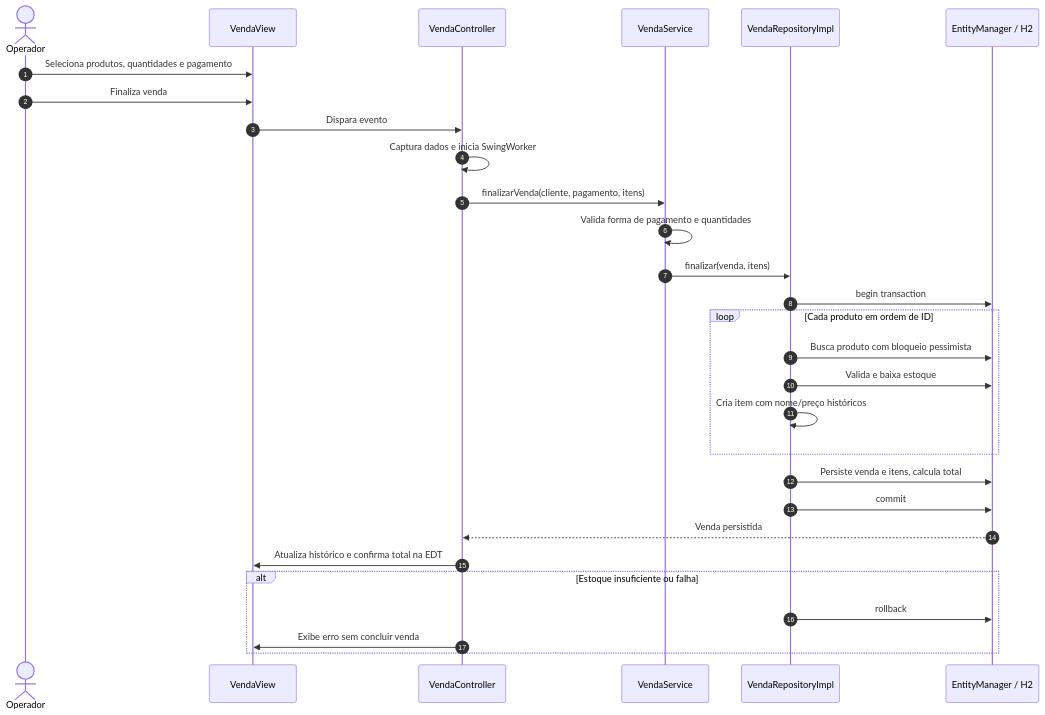
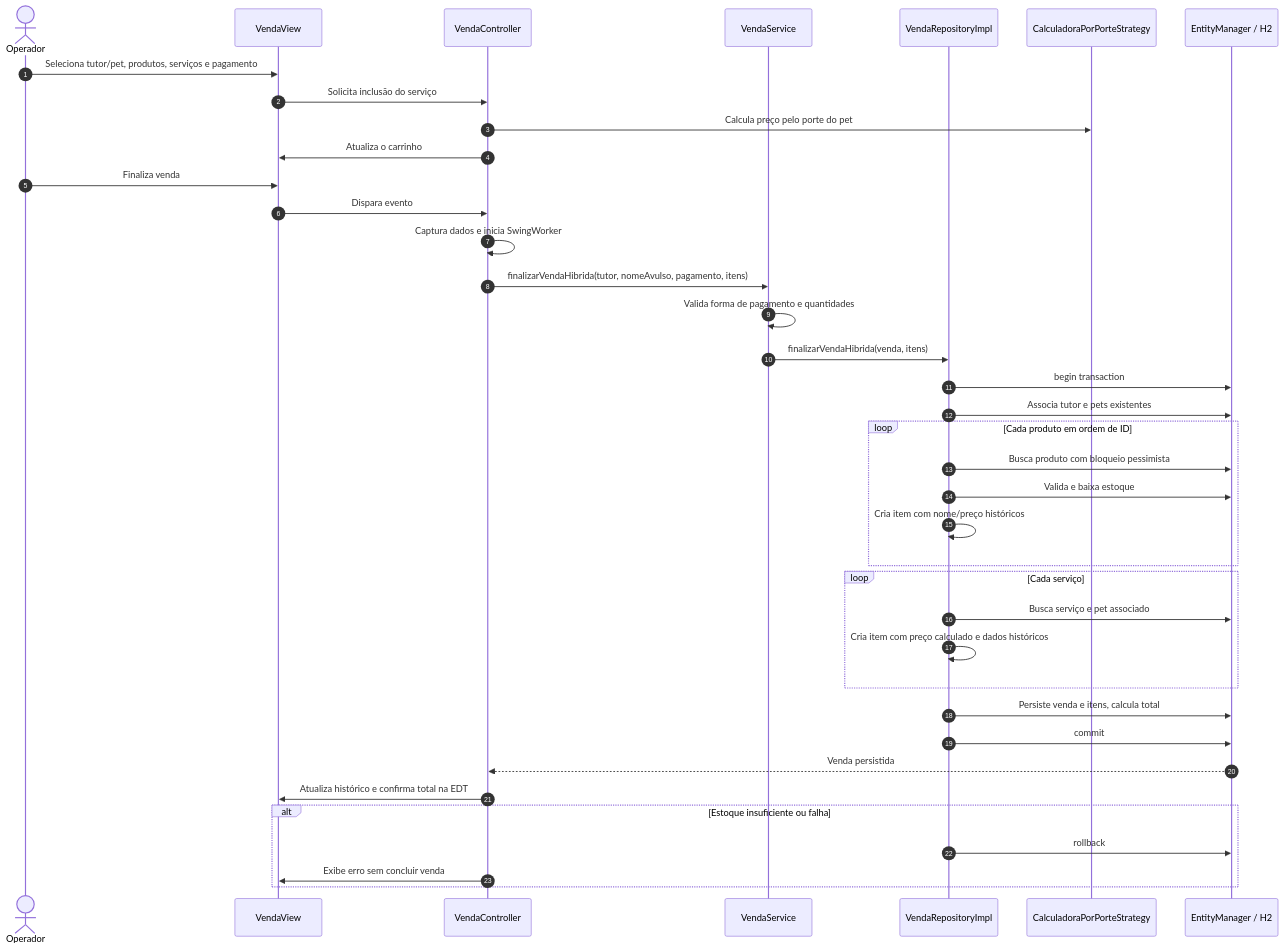
One commit to ViniciuspSouza23/PDV-projeto-final-Backend changed the third of 6 diagrams in README.md. Above: the diagram before and after it, drawn with Mermaid. The commit also changed other lines of this file and 9 other files, not shown here.

````diff
--- a/README.md
+++ b/README.md
@@ -177,32 +258,41 @@
 ```mermaid
 sequenceDiagram
     autonumber
     actor Operador
     participant View as VendaView
     participant Controller as VendaController
     participant Service as VendaService
     participant Repository as VendaRepositoryImpl
+    participant Strategy as CalculadoraPorPorteStrategy
     participant JPA as EntityManager / H2
 
-    Operador->>View: Seleciona produtos, quantidades e pagamento
+    Operador->>View: Seleciona tutor/pet, produtos, serviços e pagamento
+    View->>Controller: Solicita inclusão do serviço
+    Controller->>Strategy: Calcula preço pelo porte do pet
+    Controller->>View: Atualiza o carrinho
     Operador->>View: Finaliza venda
     View->>Controller: Dispara evento
     Controller->>Controller: Captura dados e inicia SwingWorker
-    Controller->>Service: finalizarVenda(cliente, pagamento, itens)
+    Controller->>Service: finalizarVendaHibrida(tutor, nomeAvulso, pagamento, itens)
     Service->>Service: Valida forma de pagamento e quantidades
-    Service->>Repository: finalizar(venda, itens)
+    Service->>Repository: finalizarVendaHibrida(venda, itens)
     Repository->>JPA: begin transaction
+    Repository->>JPA: Associa tutor e pets existentes
     loop Cada produto em ordem de ID
         Repository->>JPA: Busca produto com bloqueio pessimista
         Repository->>JPA: Valida e baixa estoque
         Repository->>Repository: Cria item com nome/preço históricos
+    end
+    loop Cada serviço
+        Repository->>JPA: Busca serviço e pet associado
+        Repository->>Repository: Cria item com preço calculado e dados históricos
     end
     Repository->>JPA: Persiste venda e itens, calcula total
     Repository->>JPA: commit
     JPA-->>Controller: Venda persistida
     Controller->>View: Atualiza histórico e confirma total na EDT
     alt Estoque insuficiente ou falha
         Repository->>JPA: rollback
         Controller->>View: Exibe erro sem concluir venda
     end
 ```
````
